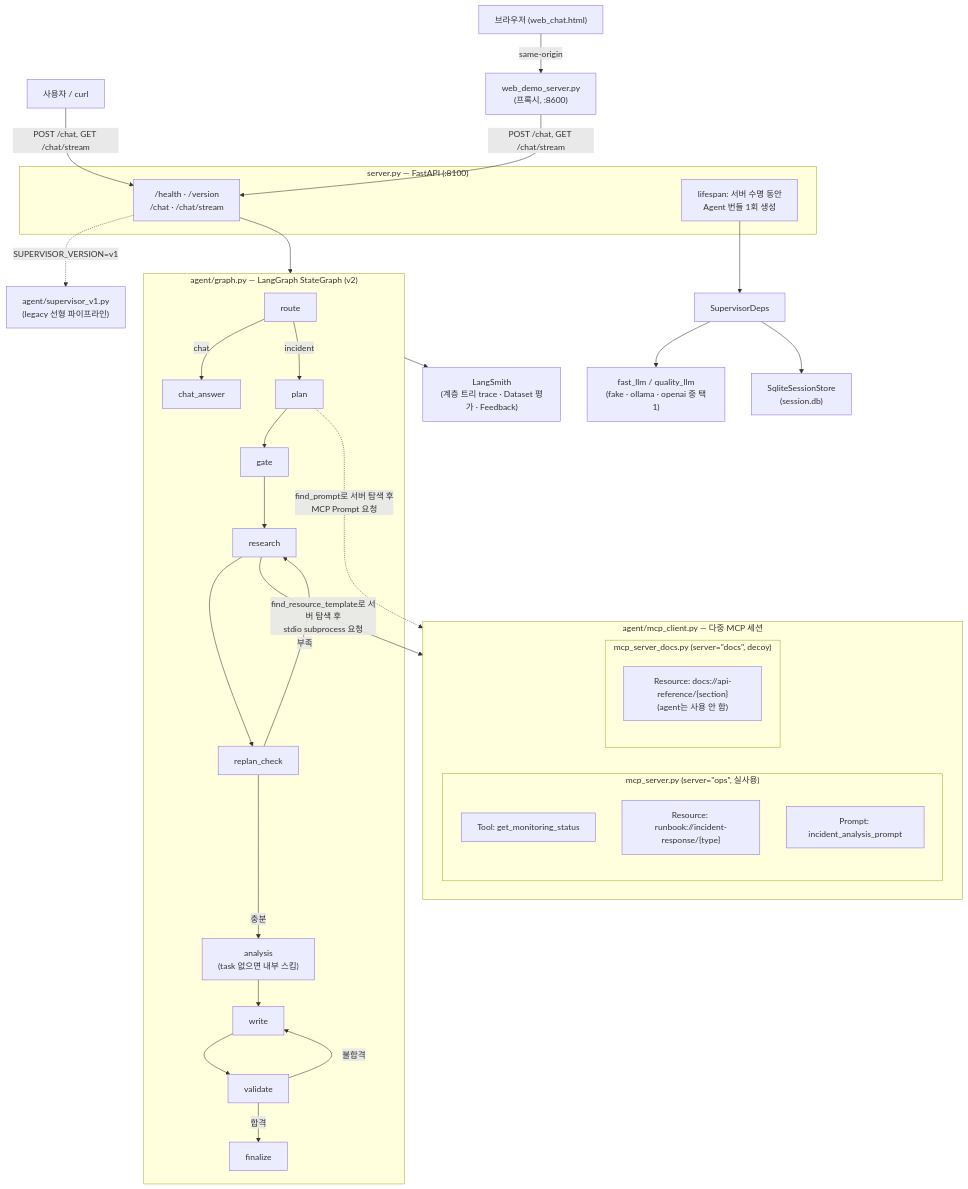
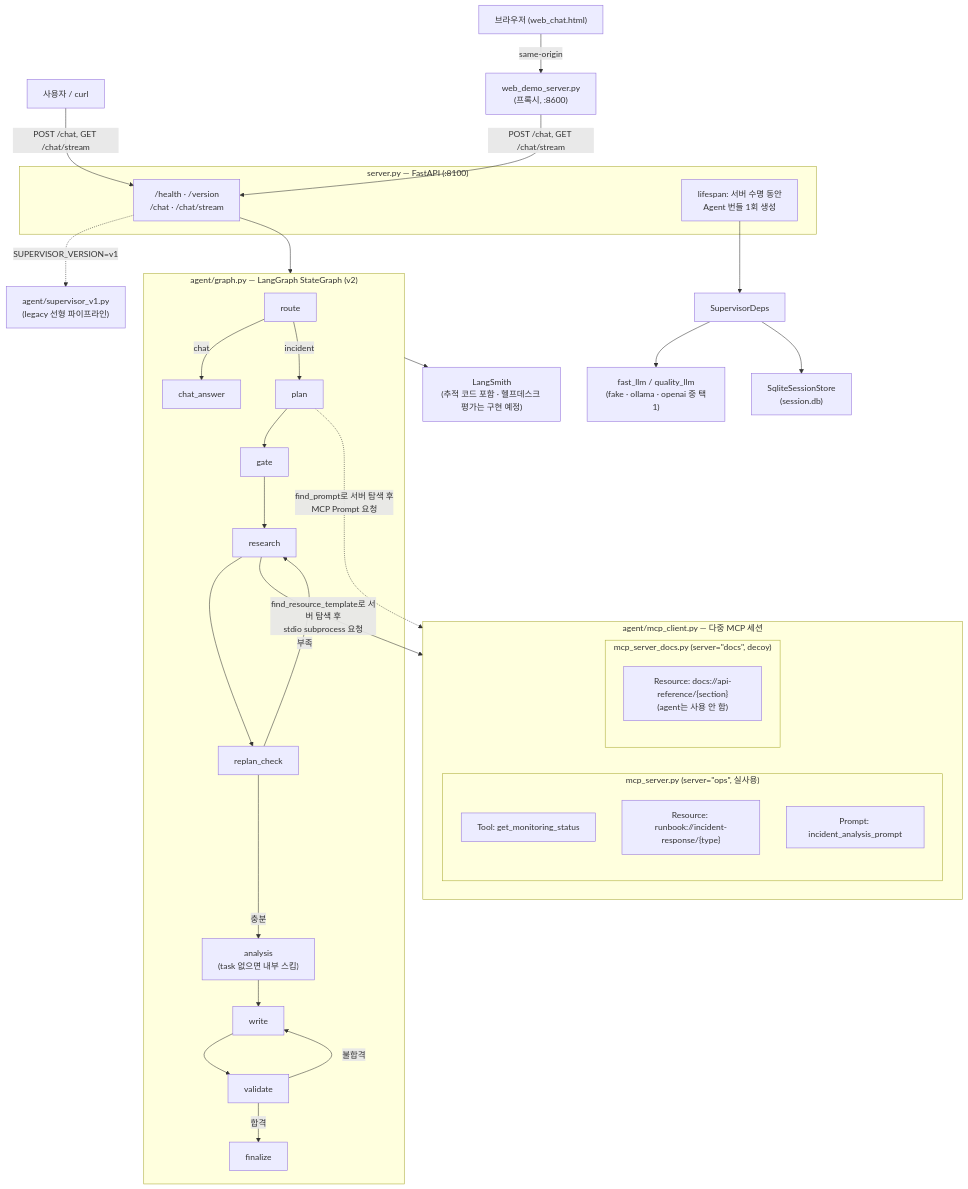
One commit to gayeon9-9/skala_ai_mini_project changed the first of 6 diagrams in doc/README.md. Above: the diagram before and after it, drawn with Mermaid. The commit also changed other lines of this file and 3 other files, not shown here.

````diff
--- a/doc/README.md
+++ b/doc/README.md
@@ -47,49 +55,49 @@
 ```mermaid
 flowchart TB
     User["사용자 / curl"] -->|"POST /chat, GET /chat/stream"| API
     Browser["브라우저 (web_chat.html)"] -->|"same-origin"| Proxy["web_demo_server.py<br/>(프록시, :8600)"]
     Proxy -->|"POST /chat, GET /chat/stream"| API
 
     subgraph Server["server.py — FastAPI (:8100)"]
         API["/health · /version<br/>/chat · /chat/stream"]
         Lifespan["lifespan: 서버 수명 동안<br/>Agent 번들 1회 생성"]
     end
 
     API --> Graph
 
     subgraph Graph["agent/graph.py — LangGraph StateGraph (v2)"]
         Route["route"] -->|chat| ChatAnswer["chat_answer"]
         Route -->|incident| Plan["plan"]
         Plan --> Gate["gate"]
         Gate --> Research["research"]
         Research --> ReplanCheck["replan_check"]
         ReplanCheck -->|부족| Research
         ReplanCheck -->|충분| Analysis["analysis<br/>(task 없으면 내부 스킵)"]
         Analysis --> Write["write"]
         Write --> Validate["validate"]
         Validate -->|불합격| Write
         Validate -->|합격| Finalize["finalize"]
     end
 
     API -. "SUPERVISOR_VERSION=v1" .-> V1["agent/supervisor_v1.py<br/>(legacy 선형 파이프라인)"]
 
     Plan -. "find_prompt로 서버 탐색 후<br/>MCP Prompt 요청" .-> MCPClient
     Research -->|"find_resource_template로 서버 탐색 후<br/>stdio subprocess 요청"| MCPClient
 
     subgraph MCPClient["agent/mcp_client.py — 다중 MCP 세션"]
         subgraph OpsServer["mcp_server.py (server=&quot;ops&quot;, 실사용)"]
             Tool["Tool: get_monitoring_status"]
             Resource["Resource: runbook://incident-response/{type}"]
             Prompt["Prompt: incident_analysis_prompt"]
         end
         subgraph DocsServer["mcp_server_docs.py (server=&quot;docs&quot;, decoy)"]
             DocsResource["Resource: docs://api-reference/{section}<br/>(agent는 사용 안 함)"]
         end
     end
 
     Lifespan --> Deps["SupervisorDeps"]
     Deps --> LLM["fast_llm / quality_llm<br/>(fake · ollama · openai 중 택1)"]
     Deps --> Session["SqliteSessionStore<br/>(session.db)"]
 
-    Graph --> Trace["LangSmith<br/>(계층 트리 trace · Dataset 평가 · Feedback)"]
+    Graph --> Trace["LangSmith<br/>(추적 코드 포함 · 헬프데스크 평가는 구현 예정)"]
 ```
````
